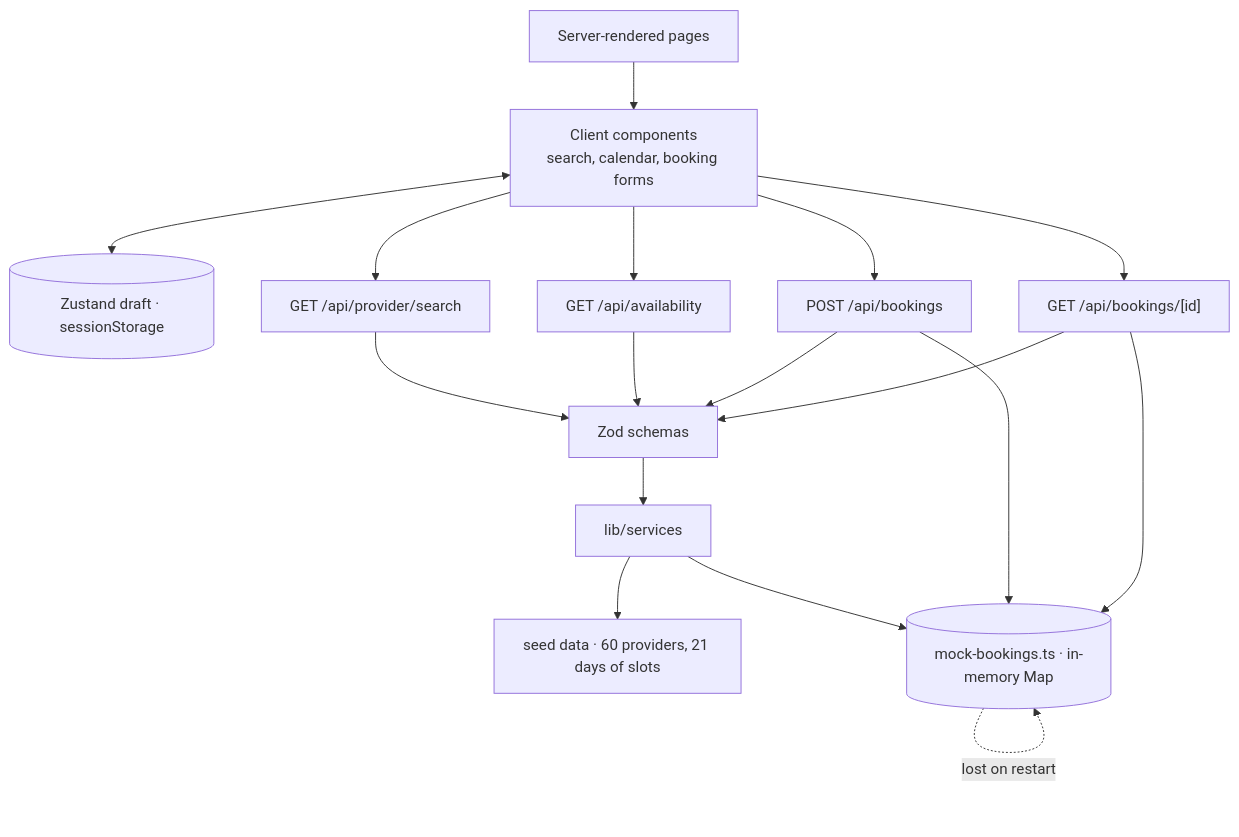
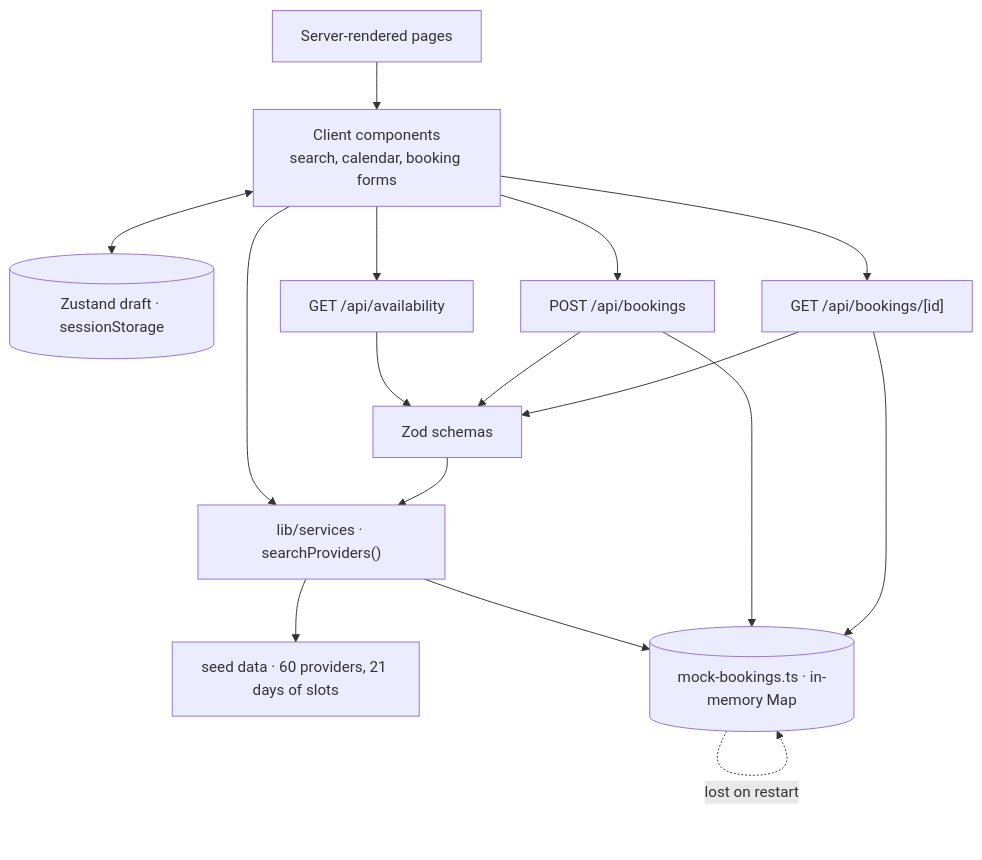
One commit to Mohammad3322/LocalServe changed the diagram in README.md. Above: the diagram before and after it, drawn with Mermaid. The commit also changed other lines of this file and 6 other files, not shown here.

````diff
--- a/README.md
+++ b/README.md
@@ -91,10 +91,11 @@
 ```mermaid
 flowchart TB
   UI[Server-rendered pages] --> CC[Client components<br/>search, calendar, booking forms]
   CC <--> ST[(Zustand draft · sessionStorage)]
-  CC --> R1["GET /api/provider/search"] & R2["GET /api/availability"] & R3["POST /api/bookings"] & R4["GET /api/bookings/[id]"]
-  R1 & R2 & R3 & R4 --> VAL[Zod schemas] --> S[lib/services]
+  CC --> S["lib/services · searchProviders()"]
+  CC --> R2["GET /api/availability"] & R3["POST /api/bookings"] & R4["GET /api/bookings/[id]"]
+  R2 & R3 & R4 --> VAL[Zod schemas] --> S
   S --> SEED[seed data · 60 providers, 21 days of slots]
   S & R3 & R4 --> STORE[(mock-bookings.ts · in-memory Map)]
   STORE -. "lost on restart" .-> STORE
 ```
````
